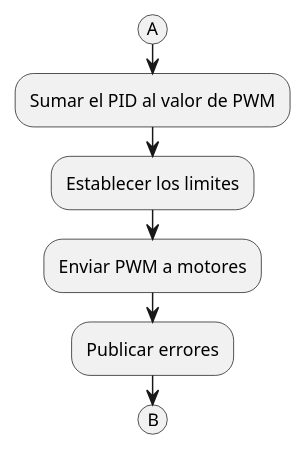
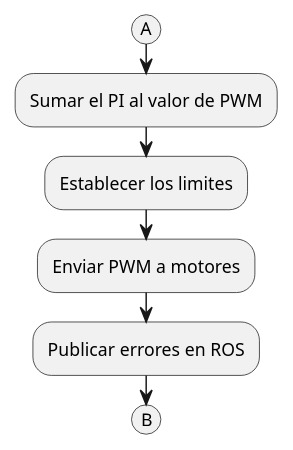
One commit to MarcoAAG/Tesis changed the diagram in UML/MCU/control1.plantuml. Above: the diagram before and after it, drawn with PlantUML. The commit also changed 52 other files, not shown here.

```diff
--- a/UML/MCU/control1.plantuml
+++ b/UML/MCU/control1.plantuml
@@ -1,8 +1,8 @@
 @startuml control
   (A)
-  :Sumar el PID al valor de PWM;
+  :Sumar el PI al valor de PWM;
   :Establecer los limites;
   :Enviar PWM a motores;
-  :Publicar errores;
+  :Publicar errores en ROS;
   (B)
 @enduml
```
